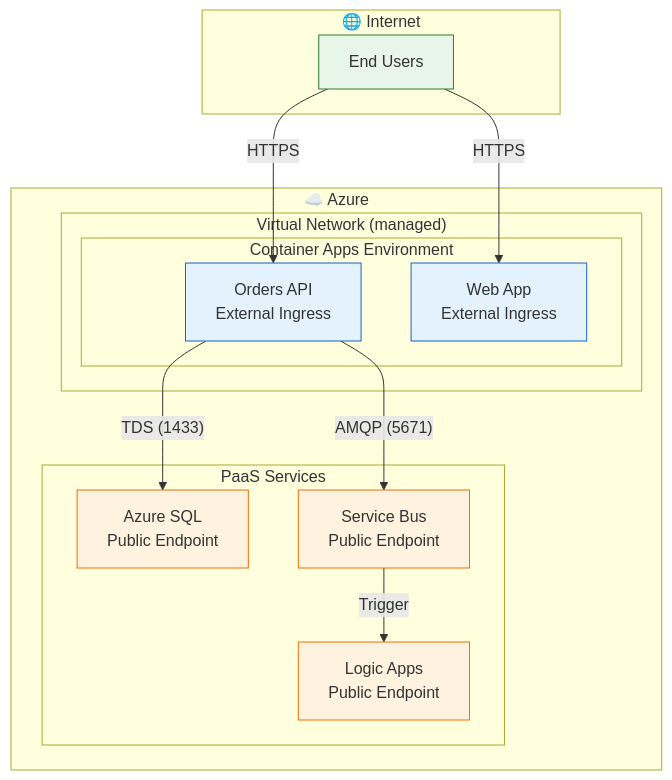
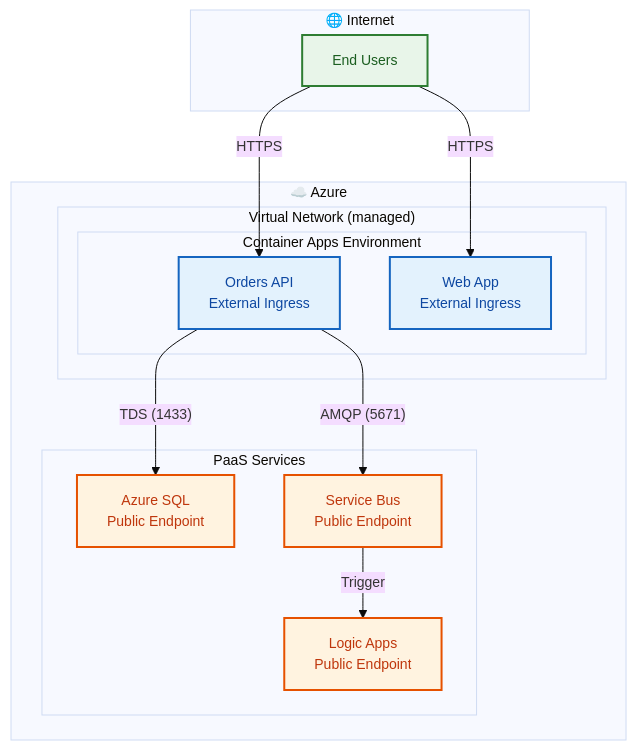
The fourth of 4 diagrams in docs/architecture/04-technology-architecture.md (Evilazaro/Azure-LogicApps-Monitoring), drawn with Mermaid before and after one commit. The commit also changed other lines of this file, not shown here.

Commit message:
Enhance technology architecture documentation with improved Mermaid diagram styles and accessibility features

````diff
--- a/docs/architecture/04-technology-architecture.md
+++ b/docs/architecture/04-technology-architecture.md
@@ -393,35 +398,37 @@
 ```mermaid
+%%{init: {'theme': 'base', 'themeVariables': { 'fontSize': '14px'}}}%%
 flowchart TB
     subgraph Internet["🌐 Internet"]
         Users["End Users"]
     end
 
     subgraph Azure["☁️ Azure"]
         subgraph VNet["Virtual Network (managed)"]
             subgraph CAE["Container Apps Environment"]
                 API["Orders API<br/>External Ingress"]
                 Web["Web App<br/>External Ingress"]
             end
         end
         
         subgraph PaaS["PaaS Services"]
             SQL["Azure SQL<br/>Public Endpoint"]
             SB["Service Bus<br/>Public Endpoint"]
             LA["Logic Apps<br/>Public Endpoint"]
         end
     end
 
     Users -->|"HTTPS"| Web
     Users -->|"HTTPS"| API
     API -->|"TDS (1433)"| SQL
     API -->|"AMQP (5671)"| SB
     SB -->|"Trigger"| LA
 
-    classDef internet fill:#e8f5e9,stroke:#2e7d32
-    classDef compute fill:#e3f2fd,stroke:#1565c0
-    classDef paas fill:#fff3e0,stroke:#ef6c00
+    %% Accessible color palette for network zones
+    classDef internet fill:#e8f5e9,stroke:#2e7d32,stroke-width:2px,color:#1b5e20
+    classDef compute fill:#e3f2fd,stroke:#1565c0,stroke-width:2px,color:#0d47a1
+    classDef paas fill:#fff3e0,stroke:#e65100,stroke-width:2px,color:#bf360c
 
     class Users internet
     class API,Web compute
     class SQL,SB,LA paas
 ```
````
